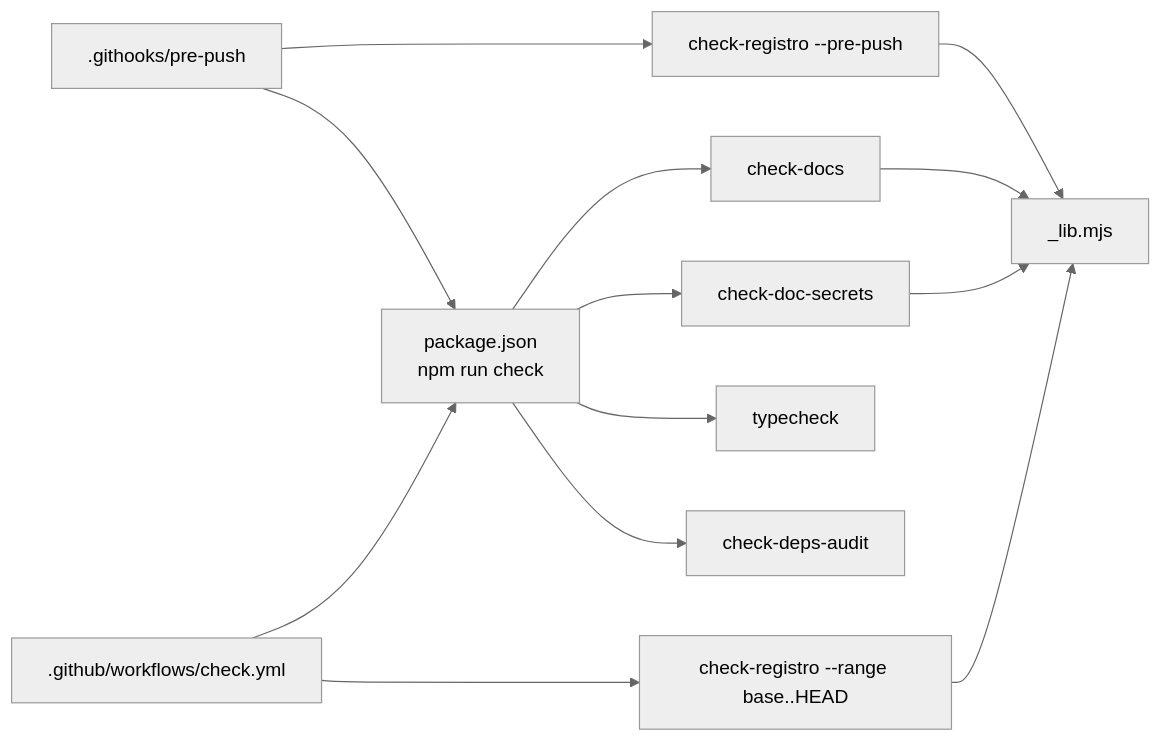
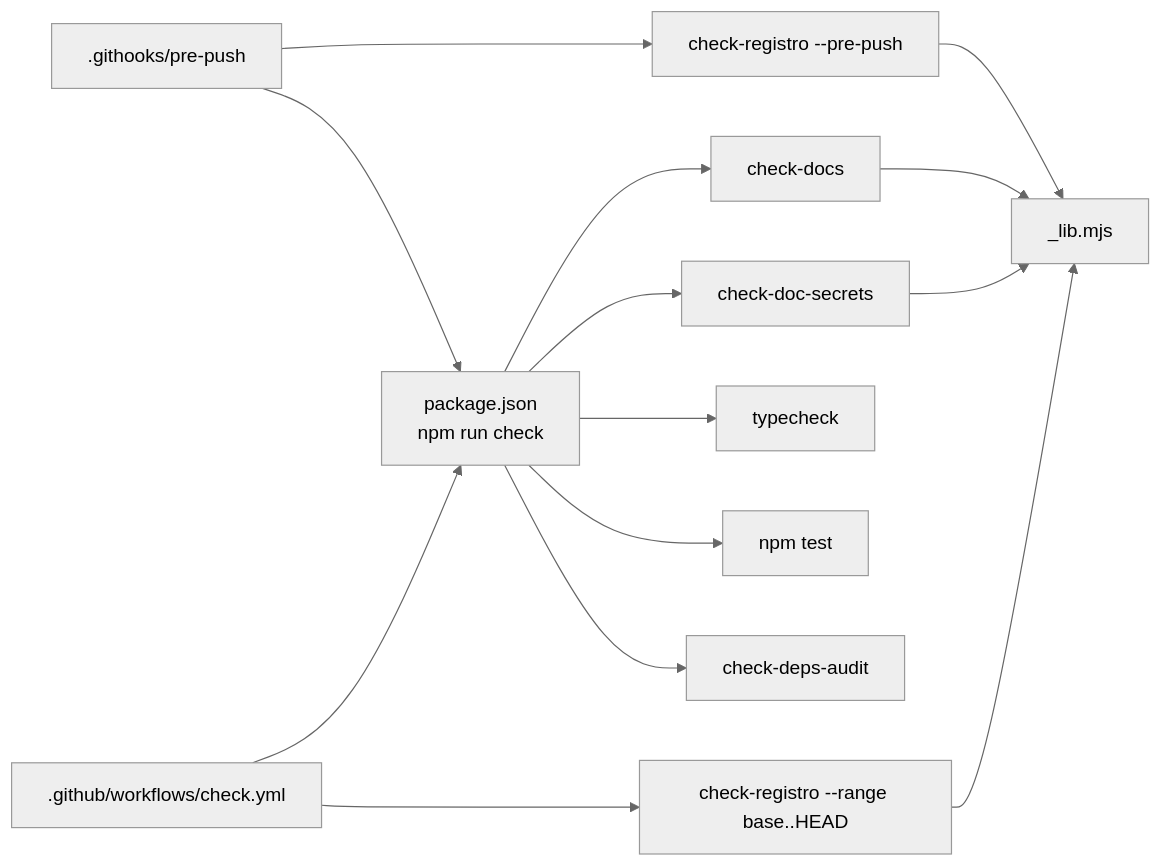
Before and after one commit to TokumoH/RevocastCameras: the diagram in scripts/README.md, drawn with Mermaid (neutral theme). The commit also changed other lines of this file and 48 other files, not shown here.

````diff
--- a/scripts/README.md
+++ b/scripts/README.md
@@ -59,9 +59,9 @@
 ```mermaid
 flowchart LR
-    PKG[package.json<br/>npm run check] --> CD[check-docs] & CS[check-doc-secrets] & TC[typecheck] & AU[check-deps-audit]
+    PKG[package.json<br/>npm run check] --> CD[check-docs] & CS[check-doc-secrets] & TC[typecheck] & TS[npm test] & AU[check-deps-audit]
     HOOK[.githooks/pre-push] --> CR[check-registro --pre-push]
     HOOK --> PKG
     CI[.github/workflows/check.yml] --> PKG
     CI --> CR2[check-registro --range base..HEAD]
     CD & CS & CR & CR2 --> LIB[_lib.mjs]
 ```
````
